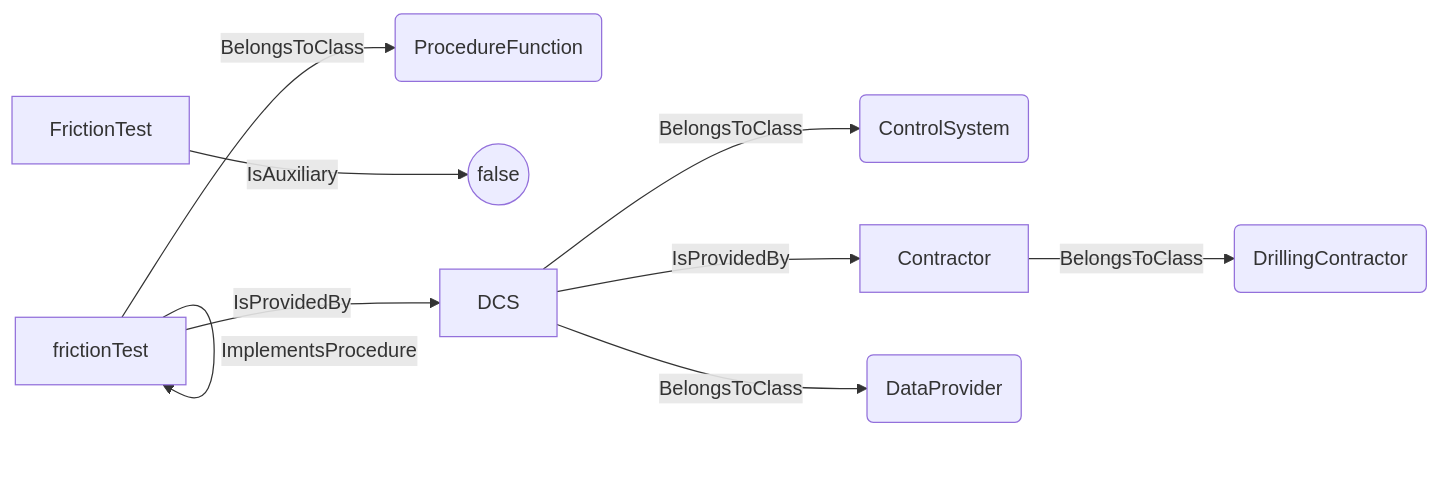
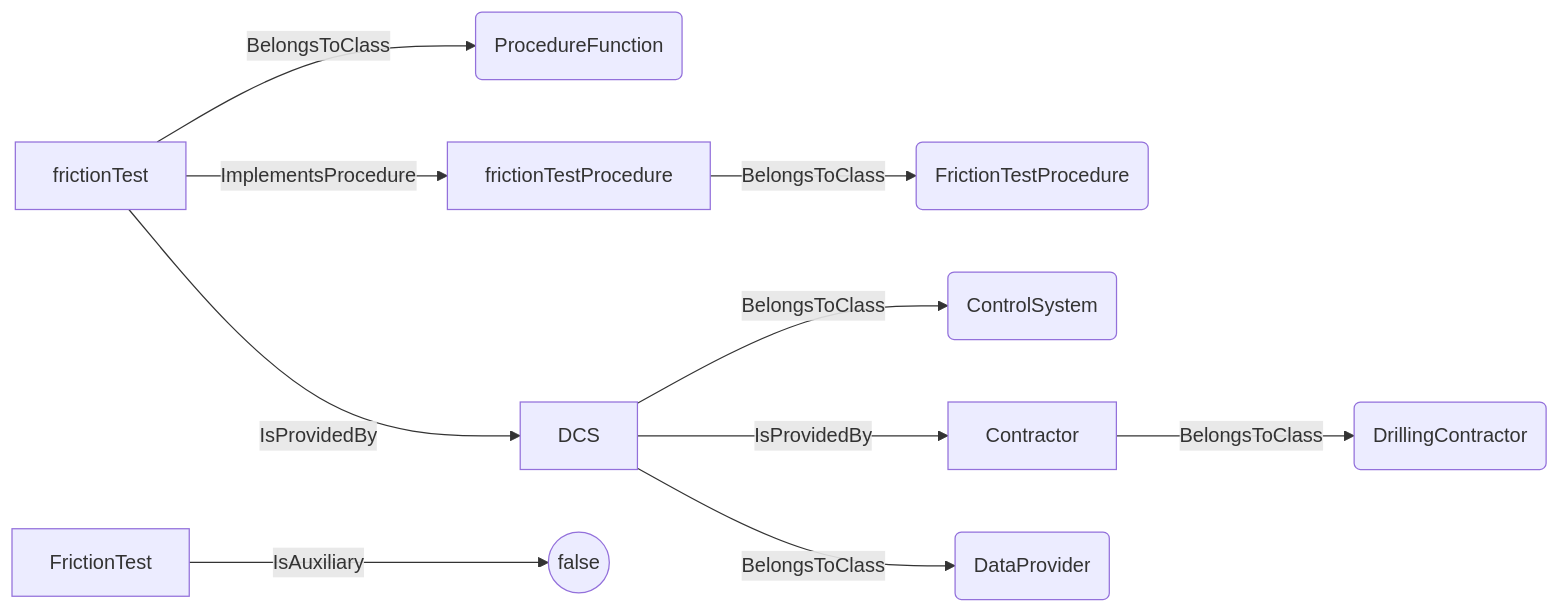
The fifth of 20 diagrams in docs/vocabulary_development/auto-generated/md/definition-files/ADCS.md (D-WIS/DDHub-Semantic-Interoperability), drawn with Mermaid before and after one commit. The commit also changed other lines of this file and 14 other files, not shown here.

````diff
--- a/docs/vocabulary_development/auto-generated/md/definition-files/ADCS.md
+++ b/docs/vocabulary_development/auto-generated/md/definition-files/ADCS.md
@@ -194,11 +198,12 @@
 ```mermaid
 graph LR
 	N0000[frictionTest] -->|BelongsToClass| N0001(ProcedureFunction) 
-	N0000[frictionTest] -->|ImplementsProcedure| N0000[frictionTest] 
-	N0002[FrictionTest] -->|IsAuxiliary| N0003((false)) 
-	N0004[DCS] -->|BelongsToClass| N0005(ControlSystem) 
-	N0006[Contractor] -->|BelongsToClass| N0007(DrillingContractor) 
-	N0004[DCS] -->|IsProvidedBy| N0006[Contractor] 
-	N0004[DCS] -->|BelongsToClass| N0008(DataProvider) 
-	N0000[frictionTest] -->|IsProvidedBy| N0004[DCS] 
+	N0002[frictionTestProcedure] -->|BelongsToClass| N0003(FrictionTestProcedure) 
+	N0000[frictionTest] -->|ImplementsProcedure| N0002[frictionTestProcedure] 
+	N0004[FrictionTest] -->|IsAuxiliary| N0005(("false")) 
+	N0006[DCS] -->|BelongsToClass| N0007(ControlSystem) 
+	N0008[Contractor] -->|BelongsToClass| N0009(DrillingContractor) 
+	N0006[DCS] -->|IsProvidedBy| N0008[Contractor] 
+	N0006[DCS] -->|BelongsToClass| N0010(DataProvider) 
+	N0000[frictionTest] -->|IsProvidedBy| N0006[DCS] 
 ```
````
